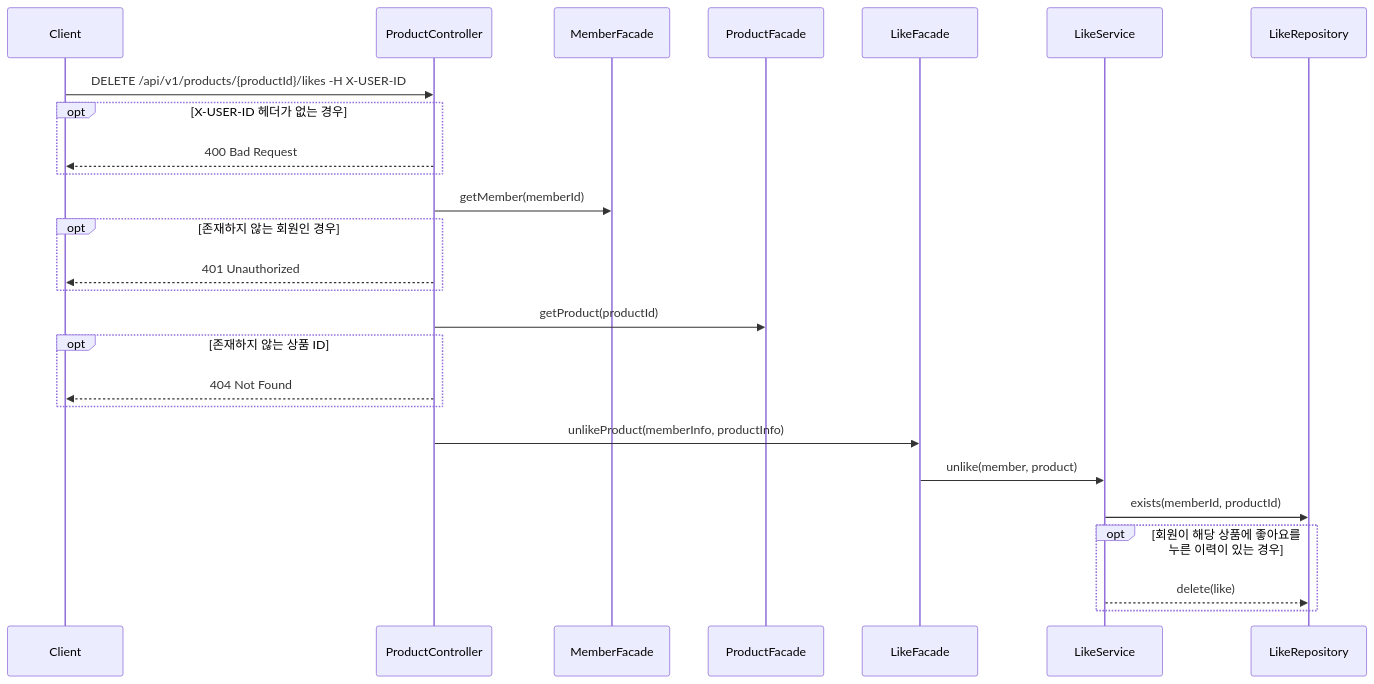
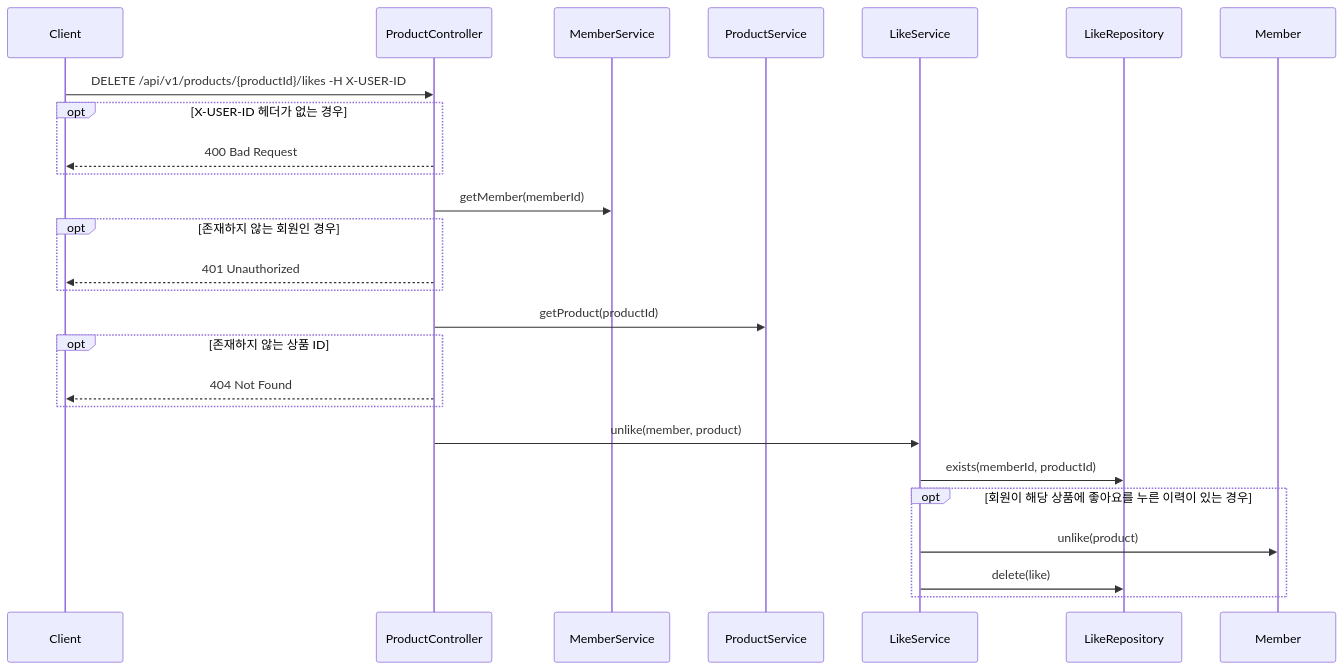
Before and after one commit to dhgu-dev/e-commerce: the fifth of 9 diagrams in docs/design/02-sequence-diagrams.md, drawn with Mermaid. The commit also changed other lines of this file and 1 other file, not shown here.

First line of the commit message:
docs: 클래스 다이어그램 작성 (#9)

````diff
--- a/docs/design/02-sequence-diagrams.md
+++ b/docs/design/02-sequence-diagrams.md
@@ -130,29 +131,29 @@
 ```mermaid
 sequenceDiagram
     participant Client
     participant ProductController
-    participant MemberFacade
-    participant ProductFacade
-    participant LikeFacade
+    participant MemberService
+    participant ProductService
     participant LikeService
     participant LikeRepository
+    participant Member
 
     Client->>ProductController: DELETE /api/v1/products/{productId}/likes -H X-USER-ID
     opt X-USER-ID 헤더가 없는 경우
         ProductController-->>Client: 400 Bad Request
     end
-    ProductController->>MemberFacade: getMember(memberId)
+    ProductController->>MemberService: getMember(memberId)
     opt 존재하지 않는 회원인 경우 
         ProductController-->>Client: 401 Unauthorized
     end
-    ProductController->>ProductFacade: getProduct(productId)
+    ProductController->>ProductService: getProduct(productId)
     opt 존재하지 않는 상품 ID
         ProductController-->>Client: 404 Not Found
     end
-    ProductController->>LikeFacade: unlikeProduct(memberInfo, productInfo)
-    LikeFacade->>LikeService: unlike(member, product)
+    ProductController->>LikeService: unlike(member, product)
     LikeService->>LikeRepository: exists(memberId, productId)
     opt 회원이 해당 상품에 좋아요를 누른 이력이 있는 경우 
-        LikeService-->>LikeRepository: delete(like)
+        LikeService->>Member: unlike(product)
+        LikeService->>LikeRepository: delete(like)
     end
 ```
````
